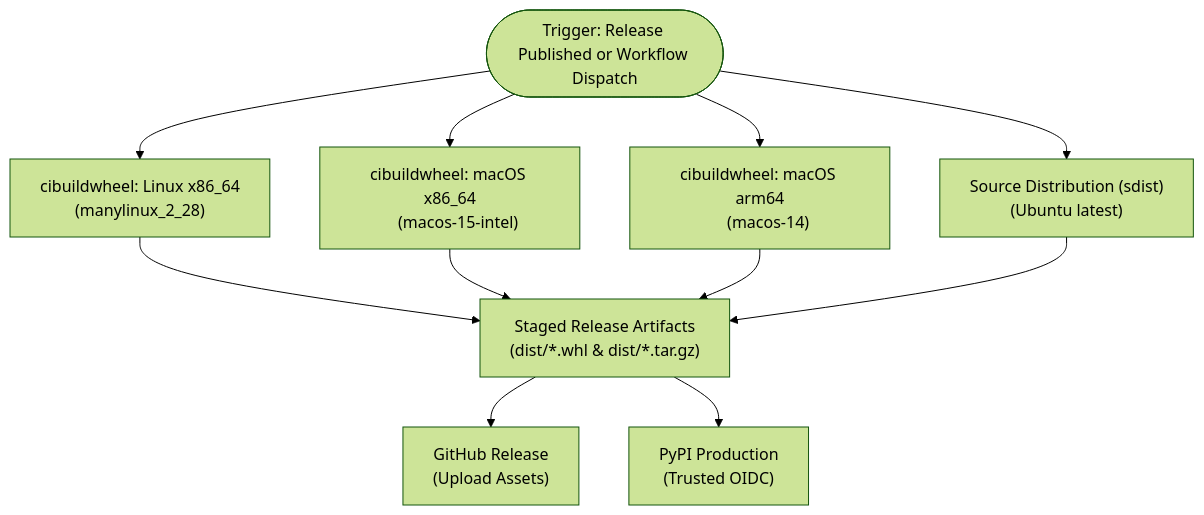
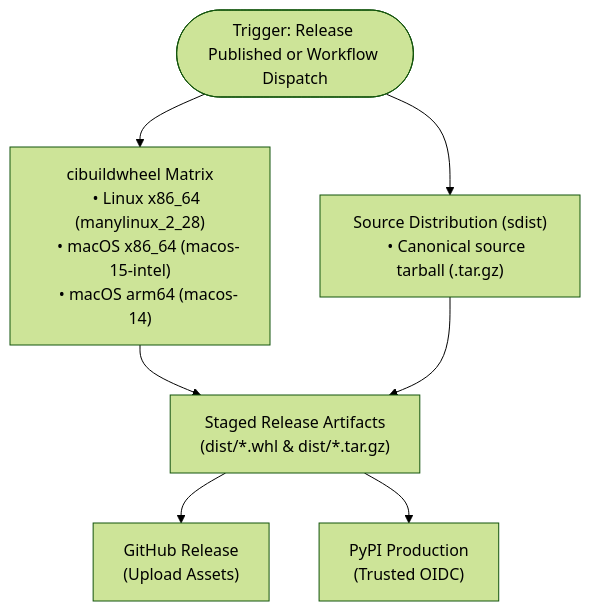
One commit to pauldruce/RFL changed the second of 2 diagrams in docs/eps/ep-2-package-and-binary-distribution.md. Above: the diagram before and after it, drawn with Mermaid (forest theme). The commit also changed other lines of this file, not shown here.

Commit message:
docs(ep-2): convert roadmap and release pipeline diagrams to top-to-bottom flows

````diff
--- a/docs/eps/ep-2-package-and-binary-distribution.md
+++ b/docs/eps/ep-2-package-and-binary-distribution.md
@@ -188,24 +188,20 @@
 ```mermaid
 flowchart TD
     Trigger(["Trigger: Release Published or Workflow Dispatch"])
 
-    Trigger --> W1["cibuildwheel: Linux x86_64
-    (manylinux_2_28)"]
-    Trigger --> W2["cibuildwheel: macOS x86_64
-    (macos-15-intel)"]
-    Trigger --> W3["cibuildwheel: macOS arm64
-    (macos-14)"]
-    Trigger --> Sdist["Source Distribution (sdist)
-    (Ubuntu latest)"]
+    Trigger --> BuildWheels["cibuildwheel Matrix
+    • Linux x86_64 (manylinux_2_28)
+    • macOS x86_64 (macos-15-intel)
+    • macOS arm64 (macos-14)"]
+    Trigger --> BuildSdist["Source Distribution (sdist)
+    • Canonical source tarball (.tar.gz)"]
 
-    W1 --> Stage["Staged Release Artifacts
+    BuildWheels --> Stage["Staged Release Artifacts
     (dist/*.whl & dist/*.tar.gz)"]
-    W2 --> Stage
-    W3 --> Stage
-    Sdist --> Stage
+    BuildSdist --> Stage
 
     Stage --> GH["GitHub Release
     (Upload Assets)"]
     Stage --> PyPI["PyPI Production
     (Trusted OIDC)"]
 ```
````
